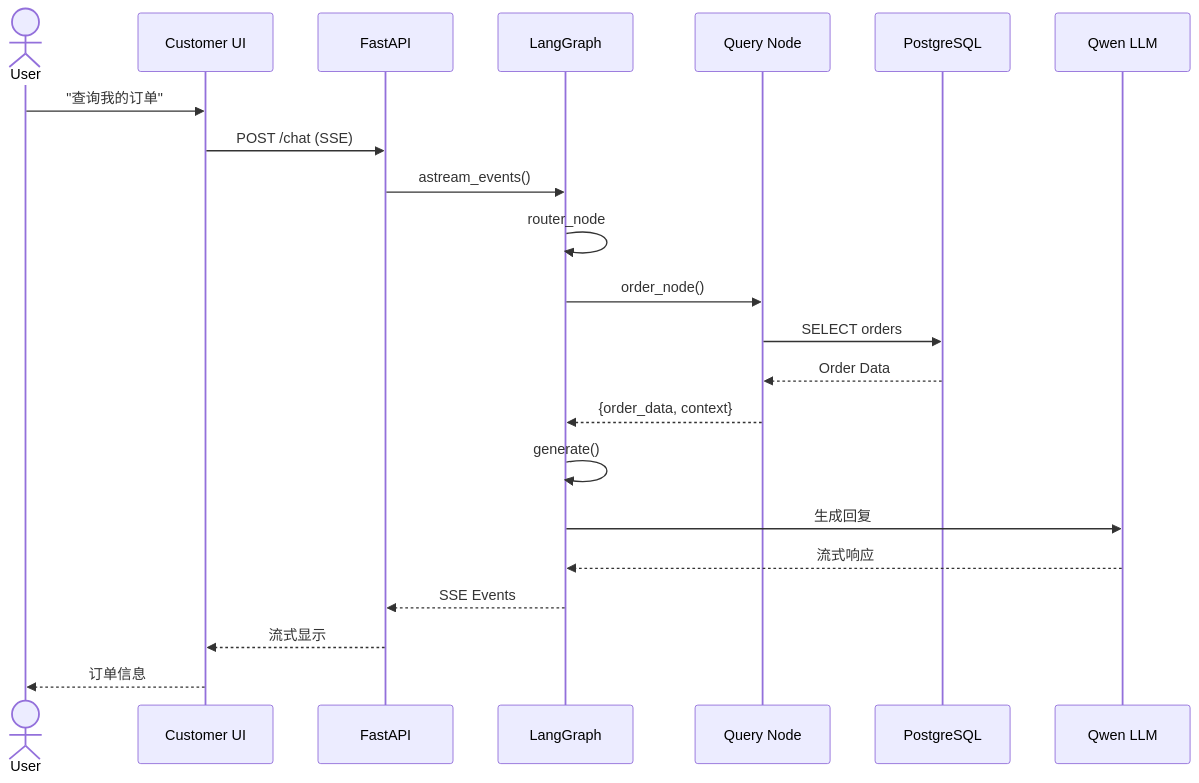
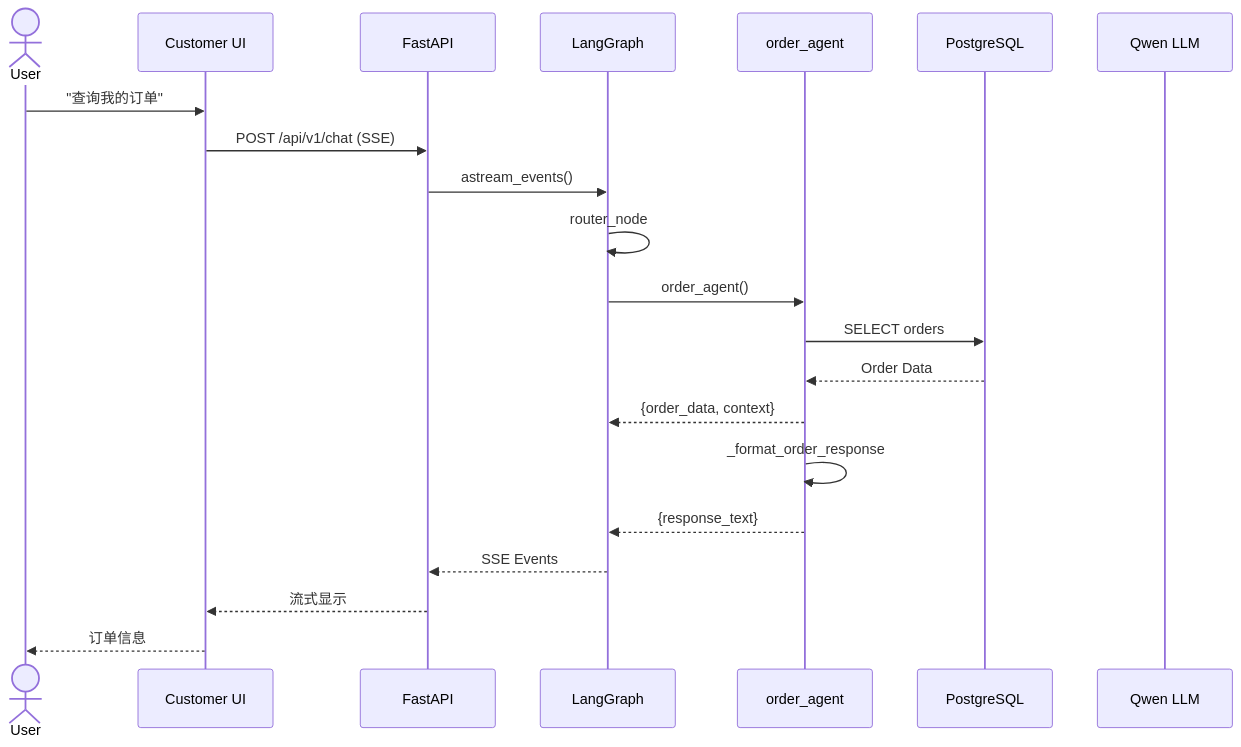
Before and after one commit to Mr-ZeLong/E-commerce-Smart-Agent: the fourth of 8 diagrams in architecture.md, drawn with Mermaid. The commit also changed other lines of this file and 7 other files, not shown here.

````diff
--- a/architecture.md
+++ b/architecture.md
@@ -244,25 +244,24 @@
 ```mermaid
 sequenceDiagram
     actor User
     participant CUI as Customer UI
     participant API as FastAPI
     participant Graph as LangGraph
-    participant Node as Query Node
+    participant Node as order_agent
     participant DB as PostgreSQL
     participant LLM as Qwen LLM
 
     User->>CUI: "查询我的订单"
-    CUI->>API: POST /chat (SSE)
+    CUI->>API: POST /api/v1/chat (SSE)
     API->>Graph: astream_events()
     Graph->>Graph: router_node
-    Graph->>Node: order_node()
+    Graph->>Node: order_agent()
     Node->>DB: SELECT orders
     DB-->>Node: Order Data
     Node-->>Graph: {order_data, context}
-    Graph->>Graph: generate()
-    Graph->>LLM: 生成回复
-    LLM-->>Graph: 流式响应
+    Node->>Node: _format_order_response
+    Node-->>Graph: {response_text}
     Graph-->>API: SSE Events
     API-->>CUI: 流式显示
     CUI-->>User: 订单信息
 ```
````
